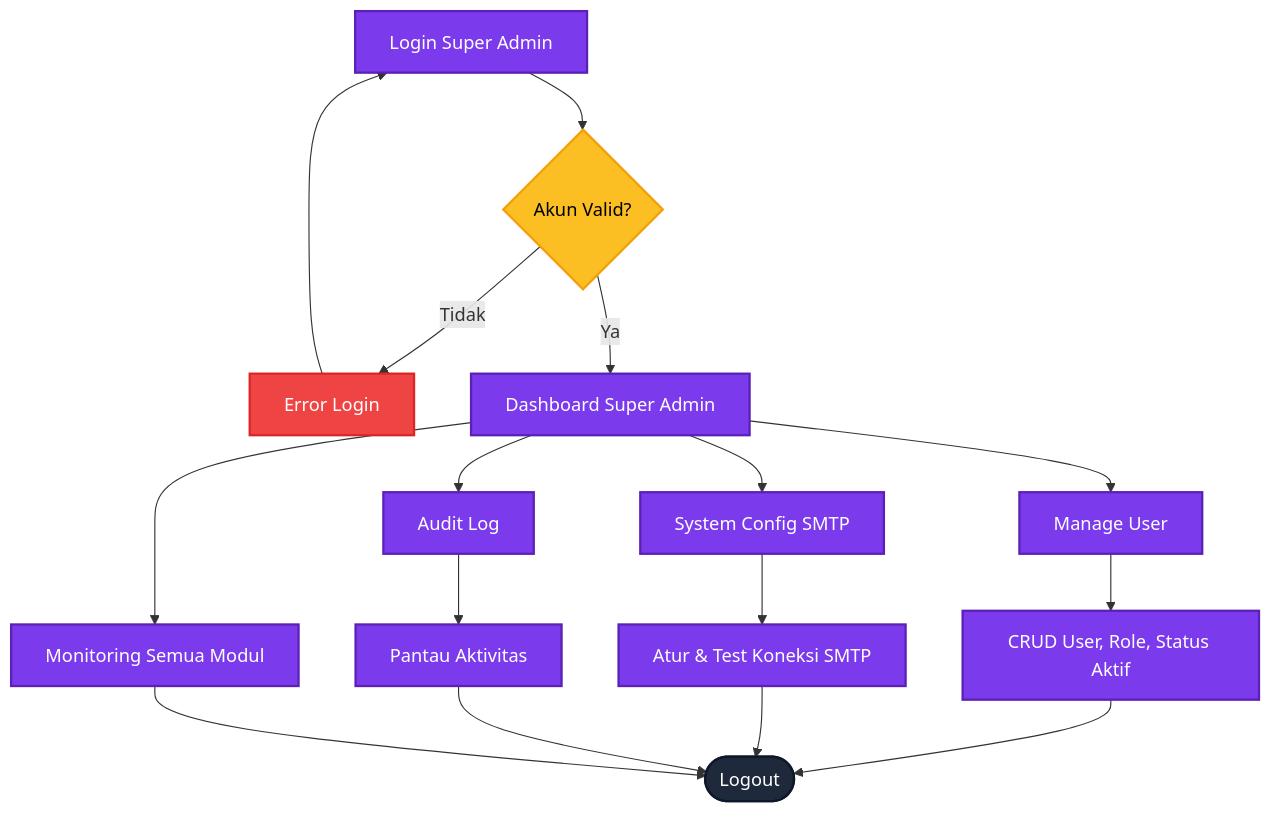
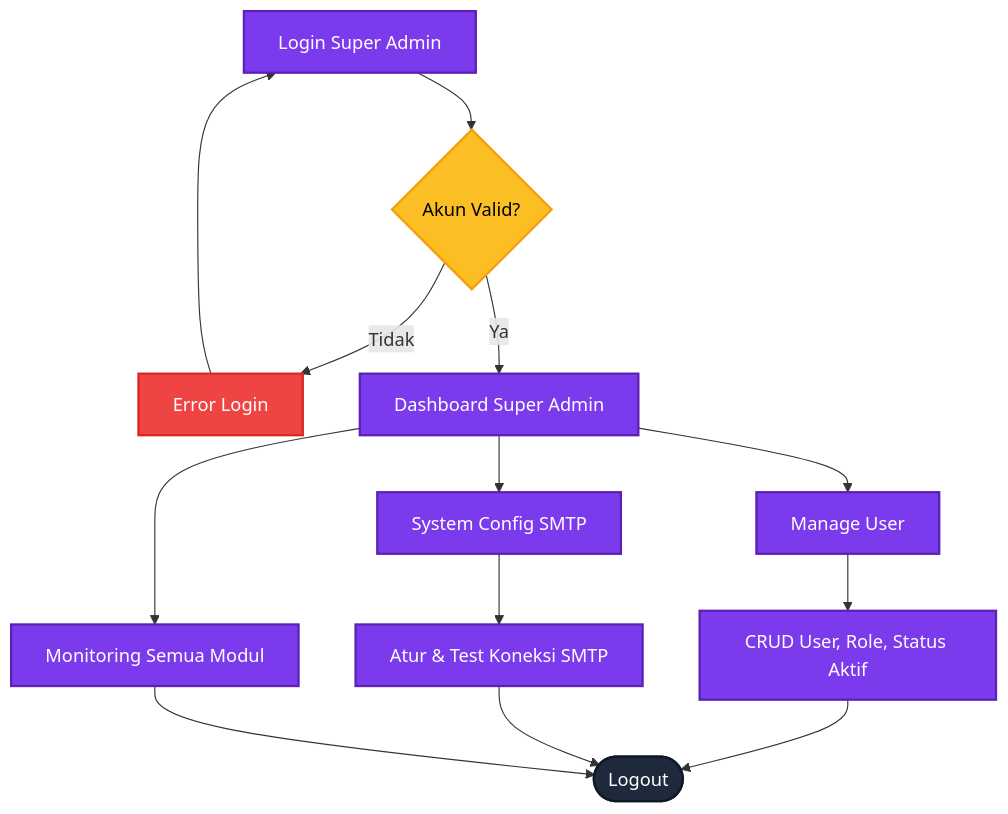
The fifth of 6 diagrams in docs/project/flowchart.md (nirwana-tim/Horizon-UniStock), drawn with Mermaid before and after one commit. The commit also changed other lines of this file and 35 other files, not shown here.

````diff
--- a/docs/project/flowchart.md
+++ b/docs/project/flowchart.md
@@ -258,34 +258,30 @@
 ```mermaid
 flowchart TD
     classDef superAdmin fill:#7c3aed,color:#fff,stroke:#5b21b6,stroke-width:2px
     classDef decision fill:#fbbf24,color:#000,stroke:#f59e0b,stroke-width:2px
     classDef error fill:#ef4444,color:#fff,stroke:#dc2626,stroke-width:2px
     classDef startEnd fill:#1e293b,color:#fff,stroke:#0f172a,stroke-width:2px
     classDef process fill:#8b5cf6,color:#fff,stroke:#7c3aed,stroke-width:1px
 
     A1[Login Super Admin] --> A2{Akun Valid?}
     A2 -->|Tidak| A3[Error Login]
     A3 --> A1
     A2 -->|Ya| A4[Dashboard Super Admin]
 
     A4 --> A5[Manage User]
     A5 --> A6[CRUD User, Role, Status Aktif]
 
     A4 --> A7[System Config SMTP]
     A7 --> A8[Atur & Test Koneksi SMTP]
 
-    A4 --> A9[Audit Log]
-    A9 --> A10[Pantau Aktivitas]
-
     A4 --> A13[Monitoring Semua Modul]
 
     A6 --> E4([Logout])
     A8 --> E4
-    A10 --> E4
     A13 --> E4
 
-    class A1,A4,A5,A6,A7,A8,A9,A10,A13 superAdmin
+    class A1,A4,A5,A6,A7,A8,A13 superAdmin
     class A2 decision
     class A3 error
     class E4 startEnd
 ```
````
